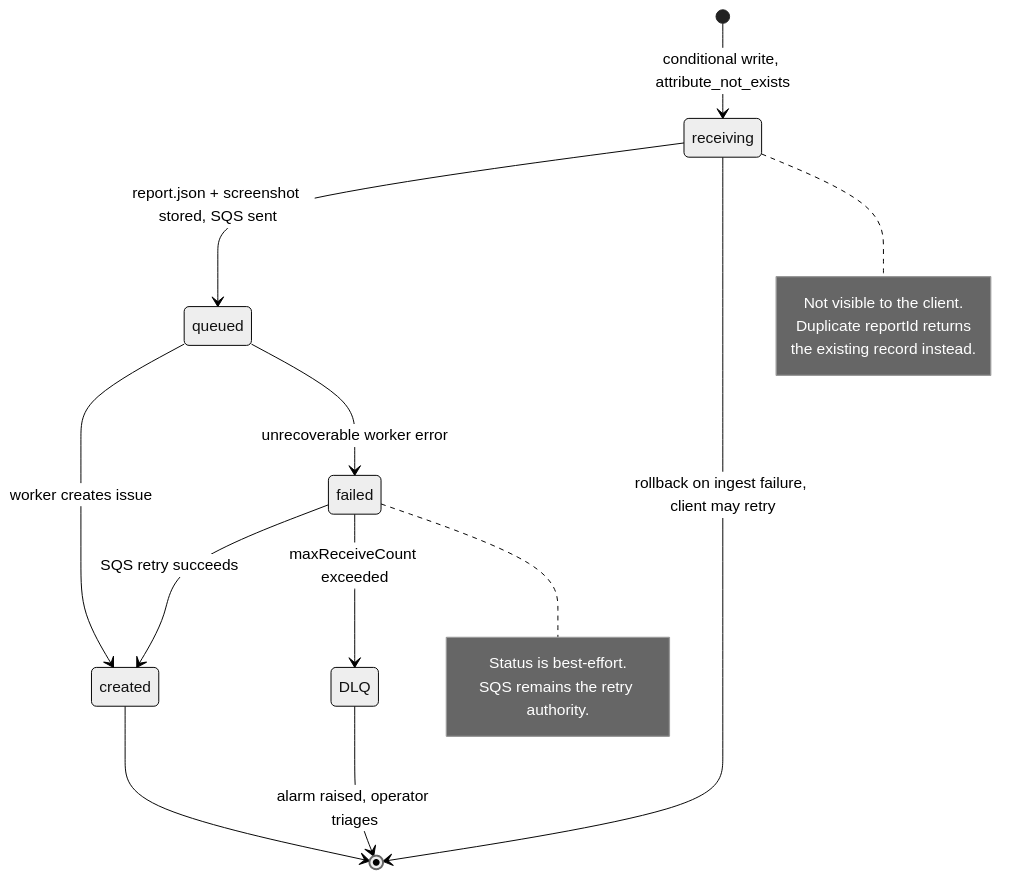
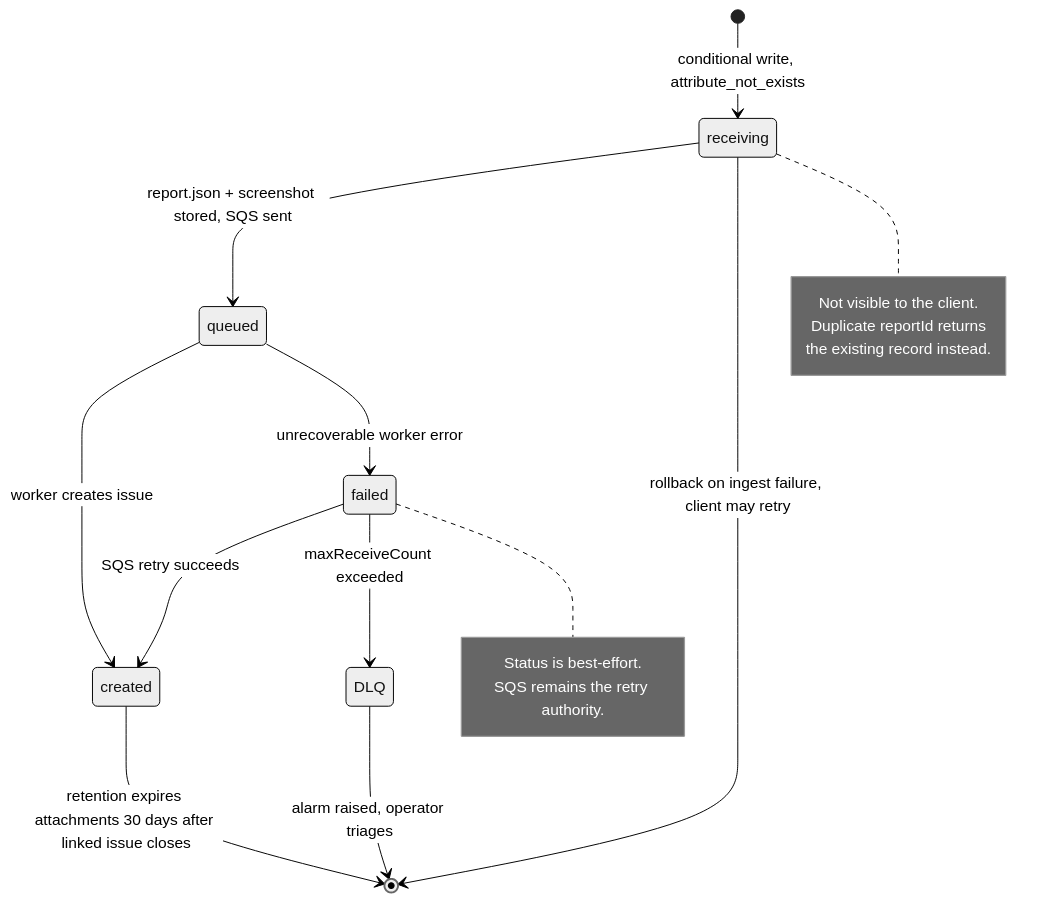
One commit to steventclarke/issue-reporter changed the fourth of 4 diagrams in docs/issue-reporting-architecture.md. Above: the diagram before and after it, drawn with Mermaid (neutral theme). The commit also changed 14 other files, not shown here.

````diff
--- a/docs/issue-reporting-architecture.md
+++ b/docs/issue-reporting-architecture.md
@@ -192,23 +192,23 @@
 ```mermaid
 stateDiagram-v2
   [*] --> receiving: conditional write, attribute_not_exists
   receiving --> queued: report.json + screenshot stored, SQS sent
   receiving --> [*]: rollback on ingest failure, client may retry
   queued --> created: worker creates issue
   queued --> failed: unrecoverable worker error
   failed --> created: SQS retry succeeds
   failed --> DLQ: maxReceiveCount exceeded
   DLQ --> [*]: alarm raised, operator triages
-  created --> [*]
+  created --> [*]: retention expires attachments 30 days after linked issue closes
 
   note right of receiving
     Not visible to the client.
     Duplicate reportId returns
     the existing record instead.
   end note
 
   note right of failed
     Status is best-effort.
     SQS remains the retry authority.
   end note
 ```
````
